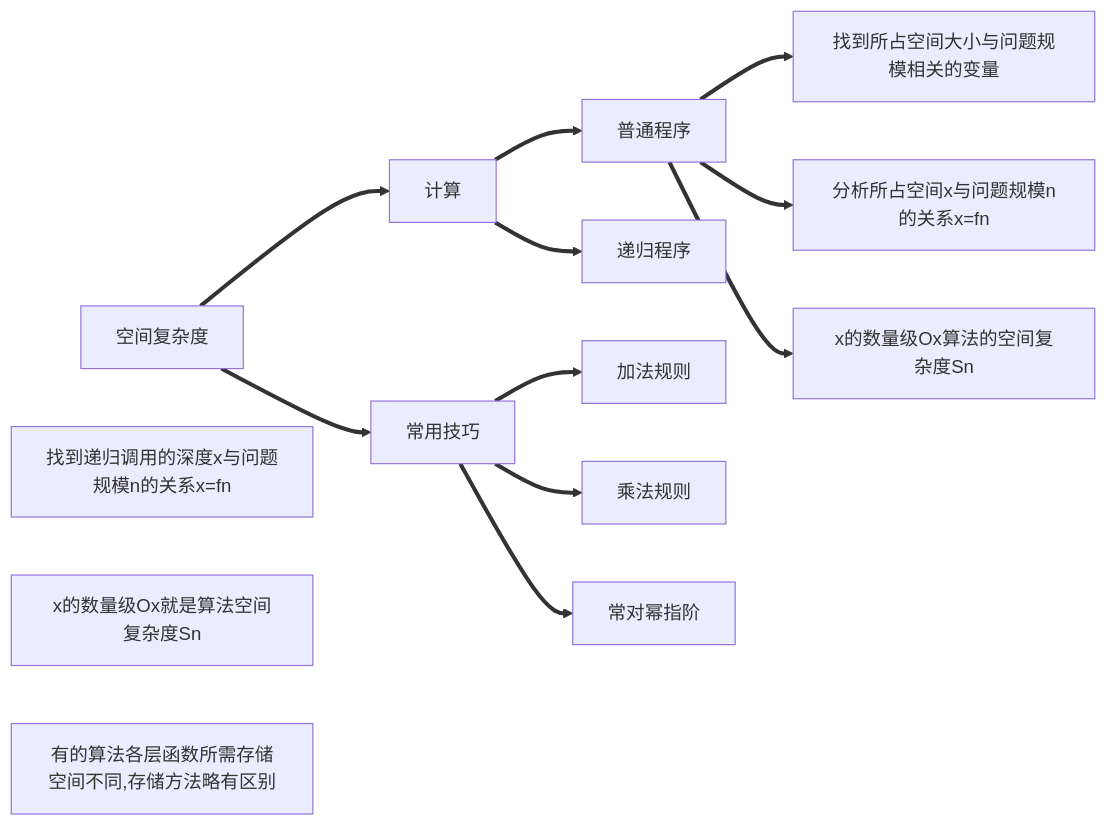
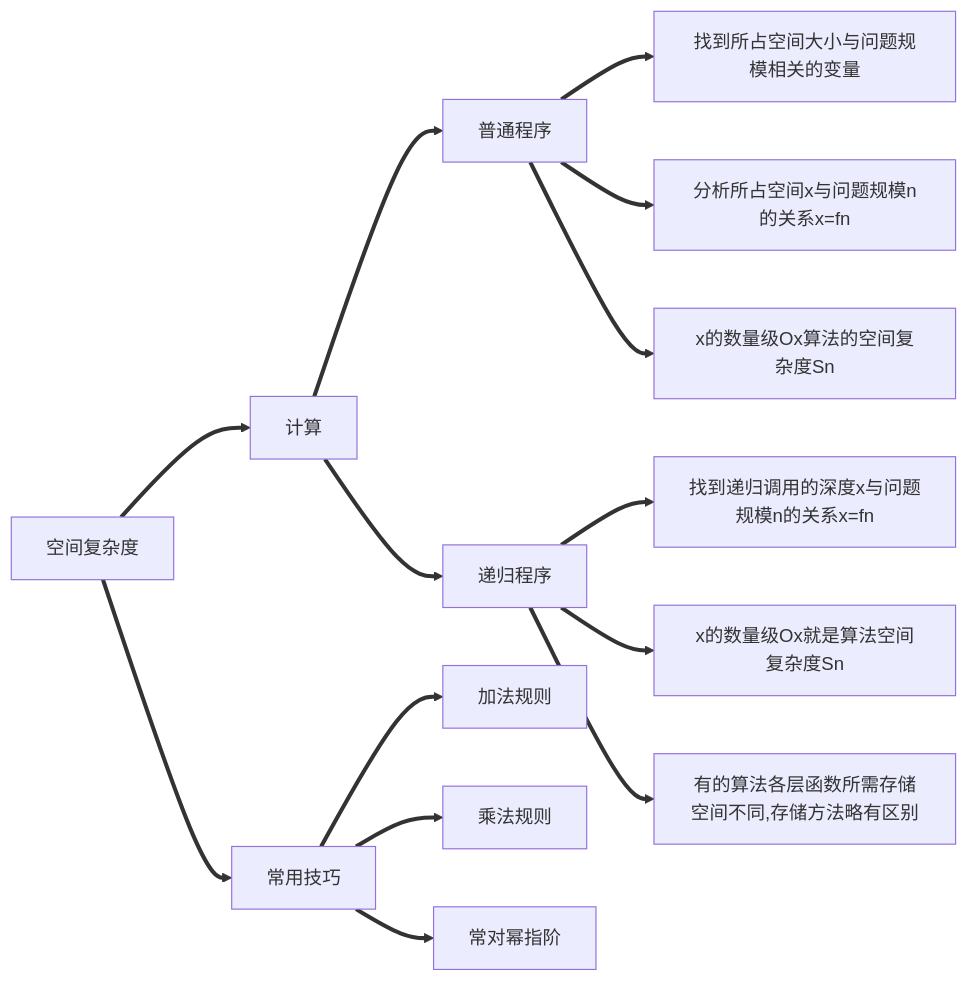
One commit to MW-S/markdown changed the second of 2 diagrams in learn/408/数据结构/基础/算法.md. Above: the diagram before and after it, drawn with Mermaid. The commit also changed other lines of this file, not shown here.

Commit message:
learn/408/数据结构/基础/算法.md updated from https://stackedit.io/

````diff
--- a/learn/408/数据结构/基础/算法.md
+++ b/learn/408/数据结构/基础/算法.md
@@ -76,27 +76,30 @@
 ```mermaid
 graph LR
 A[空间复杂度]
 B[计算]
 C[常用技巧]
 A==>B
 A==>C
 B1[普通程序]
 B2[递归程序]
 B==>B1
 B==>B2
 C1[加法规则]
 C2[乘法规则]
 C3[常对幂指阶]
 C==>C1
 C==>C2
 C==>C3
 BB1[找到所占空间大小与问题规模相关的变量]
 BB2[分析所占空间x与问题规模n的关系x=fn]
 BB3[x的数量级Ox算法的空间复杂度Sn]
 B1==>BB1
 B1==>BB2
 B1==>BB3
 BB4[找到递归调用的深度x与问题规模n的关系x=fn]
 BB5[x的数量级Ox就是算法空间复杂度Sn]
 BB6[有的算法各层函数所需存储空间不同,存储方法略有区别]
+B2==>BB4
+B2==>BB5
+B2==>BB6
 ```
````
